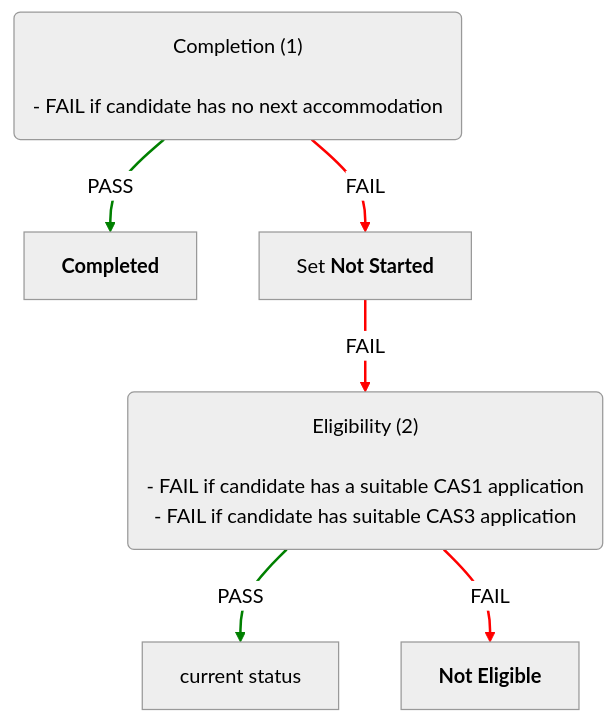
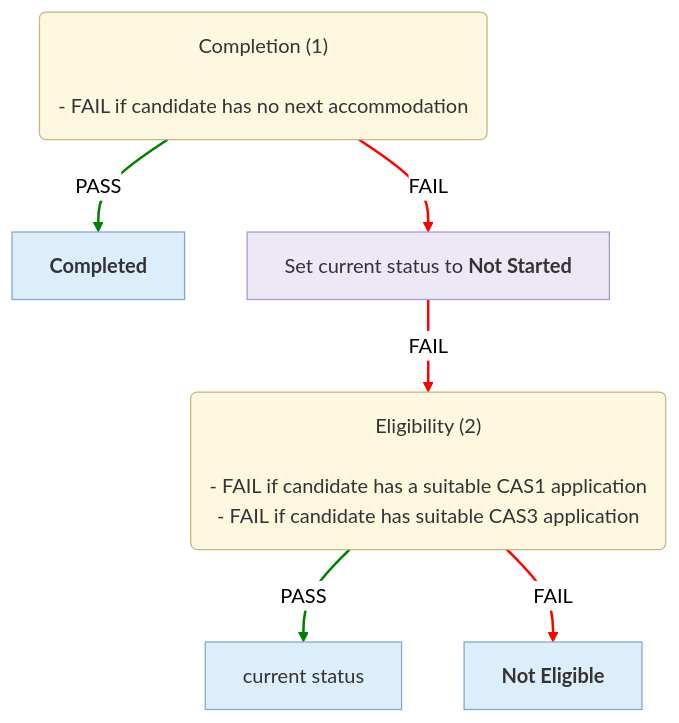
One commit to uk-gov-mirror/ministryofjustice.hmpps-single-accommodation-service-api changed the sixth of 6 diagrams in docs/eligibility-rules-graph.md. Above: the diagram before and after it, drawn with Mermaid (neutral theme). The commit also changed other lines of this file and 5 other files, not shown here.

Commit message:
chore/SAS-1532-Use-UI-statuses-in-graph-instead-of-enums

````diff
--- a/docs/eligibility-rules-graph.md
+++ b/docs/eligibility-rules-graph.md
@@ -594,22 +624,28 @@
 ```mermaid
 %%{init: {"flowchart": {"wrappingWidth": 800}}}%%
 flowchart TD
   Completion("Completion (1)
 
 - FAIL if candidate has no next accommodation")
   Completed["<b>Completed</b>"]
-  updater_Set_Not_Started["Set <b>Not Started</b>"]
+  updater_Set_current_status_to_Not_Started["Set current status to <b>Not Started</b>"]
   Eligibility("Eligibility (2)
 
 - FAIL if candidate has a suitable CAS1 application
 - FAIL if candidate has suitable CAS3 application")
   current_status["current status"]
   Not_Eligible["<b>Not Eligible</b>"]
   Completion -->|PASS| Completed
-  Completion -->|FAIL| updater_Set_Not_Started
+  Completion -->|FAIL| updater_Set_current_status_to_Not_Started
   Eligibility -->|PASS| current_status
   Eligibility -->|FAIL| Not_Eligible
-  updater_Set_Not_Started -->|FAIL| Eligibility
+  updater_Set_current_status_to_Not_Started -->|FAIL| Eligibility
   linkStyle 0,2 stroke:green,stroke-width:2px
   linkStyle 1,3,4 stroke:red,stroke-width:2px
+  classDef ruleSetNode fill:#FFF8E1,stroke:#C9B37E,color:#333
+  classDef outcomeNode fill:#DCEEFB,stroke:#7FA7C9,color:#333
+  classDef updaterNode fill:#EDE7F6,stroke:#A99BC9,color:#333
+  class Completion,Eligibility ruleSetNode
+  class Completed,current_status,Not_Eligible outcomeNode
+  class updater_Set_current_status_to_Not_Started updaterNode
 ```
````
